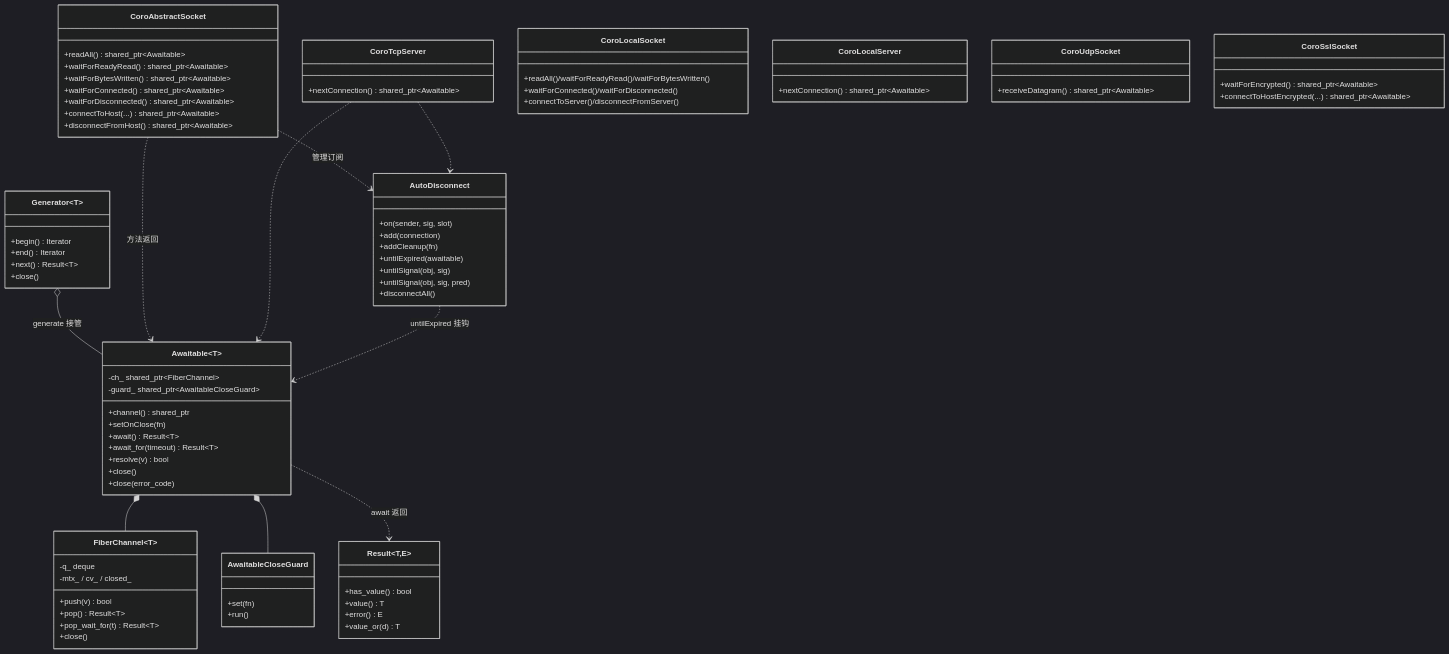
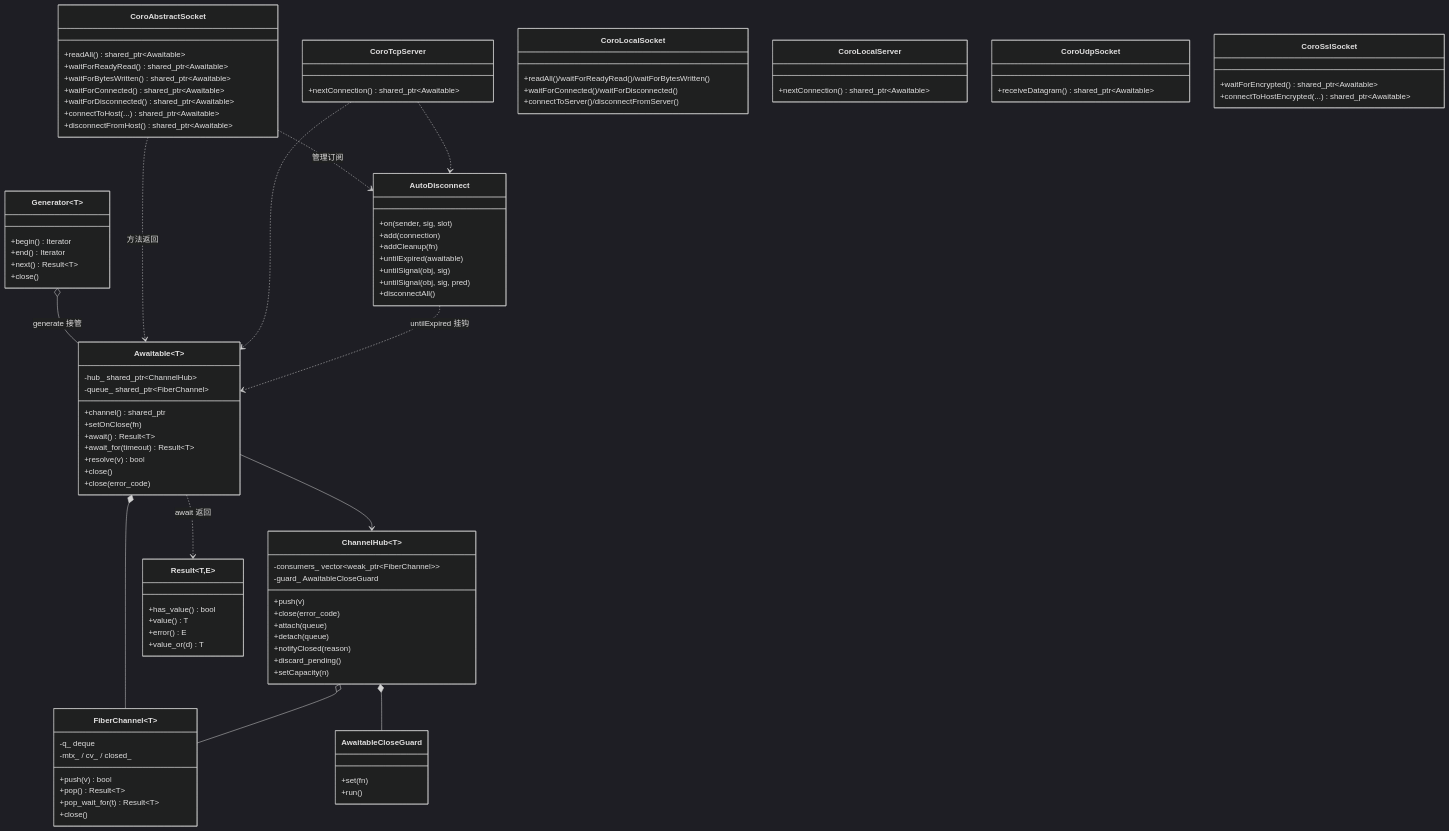
One commit to Ste7an-cs/AsyncTask changed the diagram in doc/img/sdd-05-csc_await.mmd. Above: the diagram before and after it, drawn with Mermaid (dark theme). The commit also changed 8 other files, not shown here.

First line of the commit message:
docs: 按 ChannelHub 新结构同步设计与使用文档

```diff
--- a/doc/img/sdd-05-csc_await.mmd
+++ b/doc/img/sdd-05-csc_await.mmd
@@ -1,82 +1,95 @@
 classDiagram
     class Awaitable~T~ {
-        -ch_ shared_ptr~FiberChannel~
-        -guard_ shared_ptr~AwaitableCloseGuard~
+        -hub_ shared_ptr~ChannelHub~
+        -queue_ shared_ptr~FiberChannel~
         +channel() shared_ptr
         +setOnClose(fn)
         +await() Result~T~
         +await_for(timeout) Result~T~
         +resolve(v) bool
         +close()
         +close(error_code)
+    }
+    class ChannelHub~T~ {
+        +push(v)
+        +close(error_code)
+        +attach(queue)
+        +detach(queue)
+        +notifyClosed(reason)
+        +discard_pending()
+        +setCapacity(n)
+        -consumers_ vector~weak_ptr~FiberChannel~~
+        -guard_ AwaitableCloseGuard
     }
     class AwaitableCloseGuard {
         +set(fn)
         +run()
     }
     class AutoDisconnect {
         +on(sender, sig, slot)
         +add(connection)
         +addCleanup(fn)
         +untilExpired(awaitable)
         +untilSignal(obj, sig)
         +untilSignal(obj, sig, pred)
         +disconnectAll()
     }
     class Generator~T~ {
         +begin() Iterator
         +end() Iterator
         +next() Result~T~
         +close()
     }
     class FiberChannel~T~ {
         +push(v) bool
         +pop() Result~T~
         +pop_wait_for(t) Result~T~
         +close()
         -q_ deque
         -mtx_ / cv_ / closed_
     }
     class Result~T,E~ {
         +has_value() bool
         +value() T
         +error() E
         +value_or(d) T
     }
     class CoroAbstractSocket {
         +readAll() shared_ptr~Awaitable<QByteArray>~
         +waitForReadyRead() shared_ptr~Awaitable<void>~
         +waitForBytesWritten() shared_ptr~Awaitable<void>~
         +waitForConnected() shared_ptr~Awaitable<void>~
         +waitForDisconnected() shared_ptr~Awaitable<void>~
         +connectToHost(...) shared_ptr~Awaitable<void>~
         +disconnectFromHost() shared_ptr~Awaitable<void>~
     }
     class CoroTcpServer {
         +nextConnection() shared_ptr~Awaitable<QTcpSocket*>~
     }
     class CoroLocalSocket {
         +readAll()/waitForReadyRead()/waitForBytesWritten()
         +waitForConnected()/waitForDisconnected()
         +connectToServer()/disconnectFromServer()
     }
     class CoroLocalServer {
         +nextConnection() shared_ptr~Awaitable<QLocalSocket*>~
     }
     class CoroUdpSocket {
         +receiveDatagram() shared_ptr~Awaitable<QNetworkDatagram>~
     }
     class CoroSslSocket {
         +waitForEncrypted() shared_ptr~Awaitable<void>~
         +connectToHostEncrypted(...) shared_ptr~Awaitable<void>~
     }
 
+    Awaitable --> ChannelHub
     Awaitable *-- FiberChannel
-    Awaitable *-- AwaitableCloseGuard
+    ChannelHub o-- FiberChannel
+    ChannelHub *-- AwaitableCloseGuard
     Awaitable ..> Result : await 返回
     Generator o-- Awaitable : generate 接管
     CoroAbstractSocket ..> Awaitable : 方法返回
     CoroAbstractSocket ..> AutoDisconnect : 管理订阅
     CoroTcpServer ..> Awaitable
     CoroTcpServer ..> AutoDisconnect
     AutoDisconnect ..> Awaitable : untilExpired 挂钩
```
